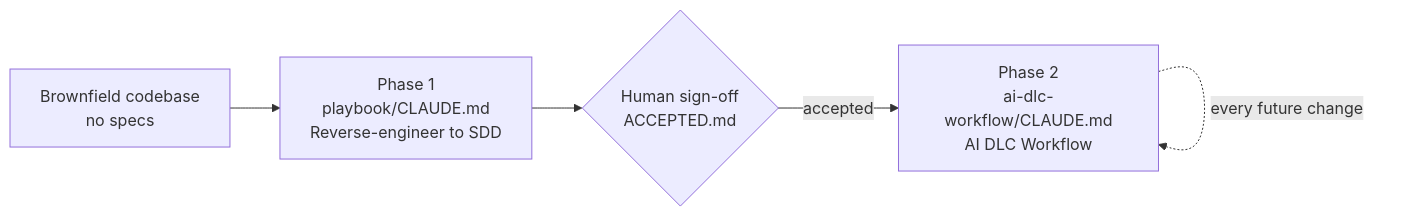
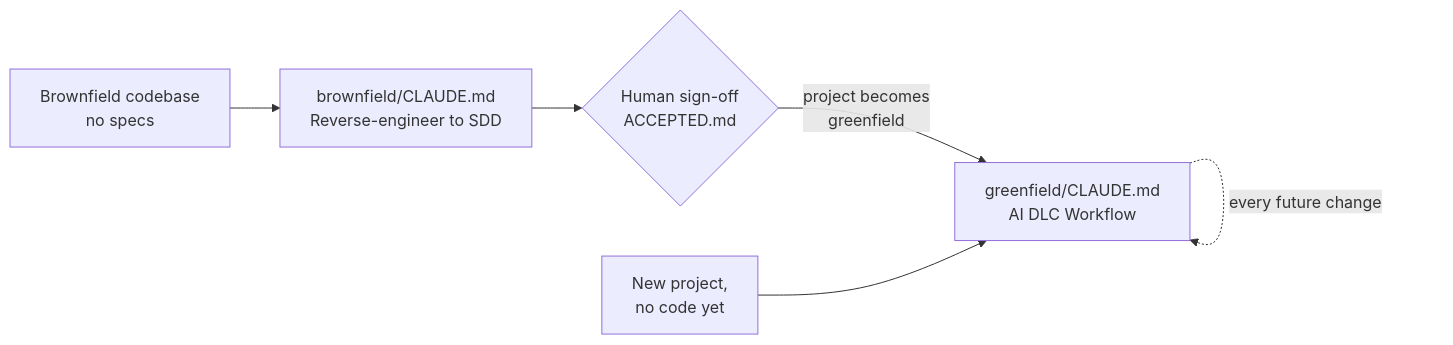
One commit to rakesh-rajwar/AI-DLC changed the diagram in README.md. Above: the diagram before and after it, drawn with Mermaid. The commit also changed other lines of this file and 5 other files, not shown here.

First line of the commit message:
Restructure as ai-dlc-workflow/{brownfield,greenfield}

````diff
--- a/README.md
+++ b/README.md
@@ -12,7 +12,8 @@
 ```mermaid
 flowchart LR
-    A[Brownfield codebase<br/>no specs] --> B[Phase 1<br/>playbook/CLAUDE.md<br/>Reverse-engineer to SDD]
+    A[Brownfield codebase<br/>no specs] --> B[brownfield/CLAUDE.md<br/>Reverse-engineer to SDD]
     B --> C{Human sign-off<br/>ACCEPTED.md}
-    C -->|accepted| D[Phase 2<br/>ai-dlc-workflow/CLAUDE.md<br/>AI DLC Workflow]
+    C -->|"project becomes<br/>greenfield"| D[greenfield/CLAUDE.md<br/>AI DLC Workflow]
+    E[New project,<br/>no code yet] --> D
     D -.->|every future change| D
 ```
````
